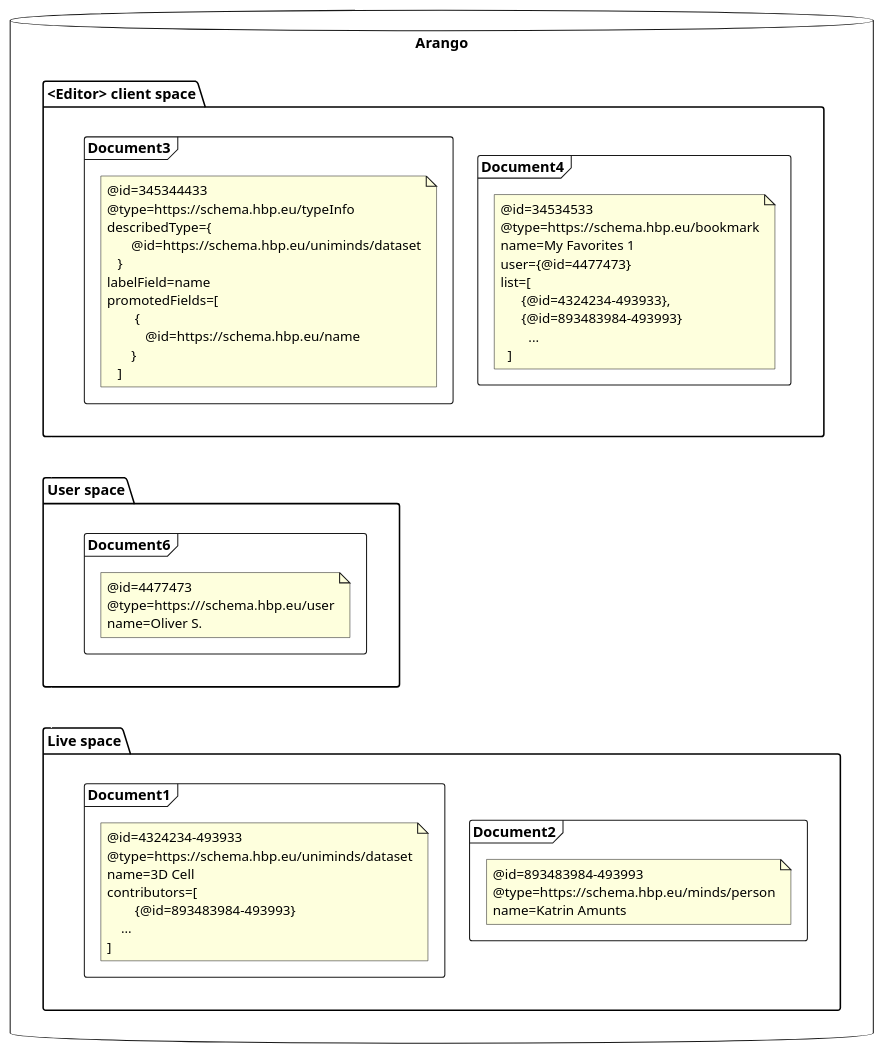
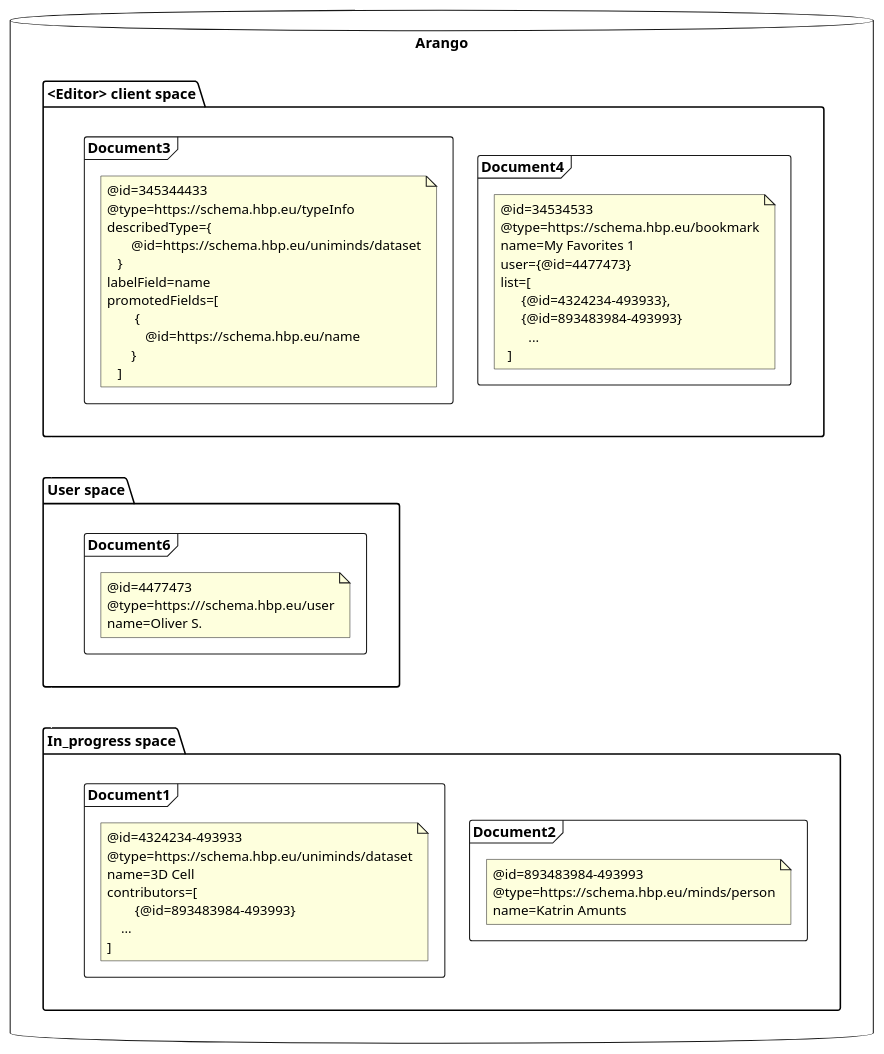
One commit to HumanBrainProject/kg-core changed the diagram in services/kg-core-api/README.md. Above: the diagram before and after it, drawn with PlantUML. The commit also changed 46 other files, not shown here.

Commit message:
refactor LIVE to IN_PROGRESS

````diff
--- a/services/kg-core-api/README.md
+++ b/services/kg-core-api/README.md
@@ -7,68 +7,68 @@
 ```plantuml
 database "Arango" {
-  folder "Live space" as f1 {
+  folder "In_progress space" as f1 {
     frame "Document2" as D2 {
       note as N2
         @id=893483984-493993
         @type=https://schema.hbp.eu/minds/person
         name=Katrin Amunts
       end note
   	}
 	frame "Document1" as D1 {
       note as N1
         @id=4324234-493933
         @type=https://schema.hbp.eu/uniminds/dataset
         name=3D Cell
         contributors=[
         	{@id=893483984-493993}
             ...
         ]
       end note
   	}
   }
   
   folder "User space" as f2 {
     frame "Document6" as D6 {
     	note as N6
 			@id=4477473
 			@type=https:///schema.hbp.eu/user
 			name=Oliver S.
 		end note
   	}
   }
   
   folder "<Editor> client space" as f3 {
     frame "Document4" as D4 {
     	note as N4
           @id=34534533
           @type=https://schema.hbp.eu/bookmark
           name=My Favorites 1
           user={@id=4477473}
           list=[
                 {@id=4324234-493933},
                 {@id=893483984-493993}
             	...
             ]
 		end note
   	}
 	frame "Document3" as D3 {
         note as N3
         	@id=345344433
         	@type=https://schema.hbp.eu/typeInfo
         	describedType={
                 @id=https://schema.hbp.eu/uniminds/dataset
             }
         	labelField=name
         	promotedFields=[
             	{
                     @id=https://schema.hbp.eu/name
                 }
             ]
 		end note
   	}
   }
 }
 
 f3 -down- f2 #white
 f2 -down- f1 #white
 ```
````
